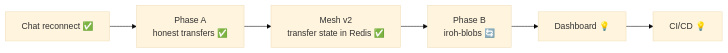
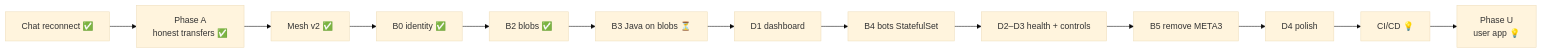
One commit to shobhit157/Aperture changed the diagram in docs/roadmap.md. Above: the diagram before and after it, drawn with Mermaid (base theme). The commit also changed other lines of this file, not shown here.

First line of the commit message:
Revised roadmap with updated phases and tasks

````diff
--- a/docs/roadmap.md
+++ b/docs/roadmap.md
@@ -10,4 +10,4 @@
 ```mermaid
 flowchart LR
-  R[Chat reconnect ✅] --> A[Phase A<br/>honest transfers ✅] --> M[Mesh v2<br/>transfer state in Redis ✅] --> B[Phase B<br/>iroh-blobs 🔄] --> DB[Dashboard 💡] --> CI[CI/CD 💡]
+  R[Chat reconnect ✅] --> A[Phase A<br/>honest transfers ✅] --> M[Mesh v2 ✅] --> B0[B0 identity ✅] --> B2[B2 blobs ✅] --> B3[B3 Java on blobs ⏳] --> D1[D1 dashboard] --> B4[B4 bots StatefulSet] --> D23[D2–D3 health + controls] --> B5[B5 remove META3] --> D4[D4 polish] --> CI[CI/CD 💡] --> U[Phase U<br/>user app 💡]
 ```
````
